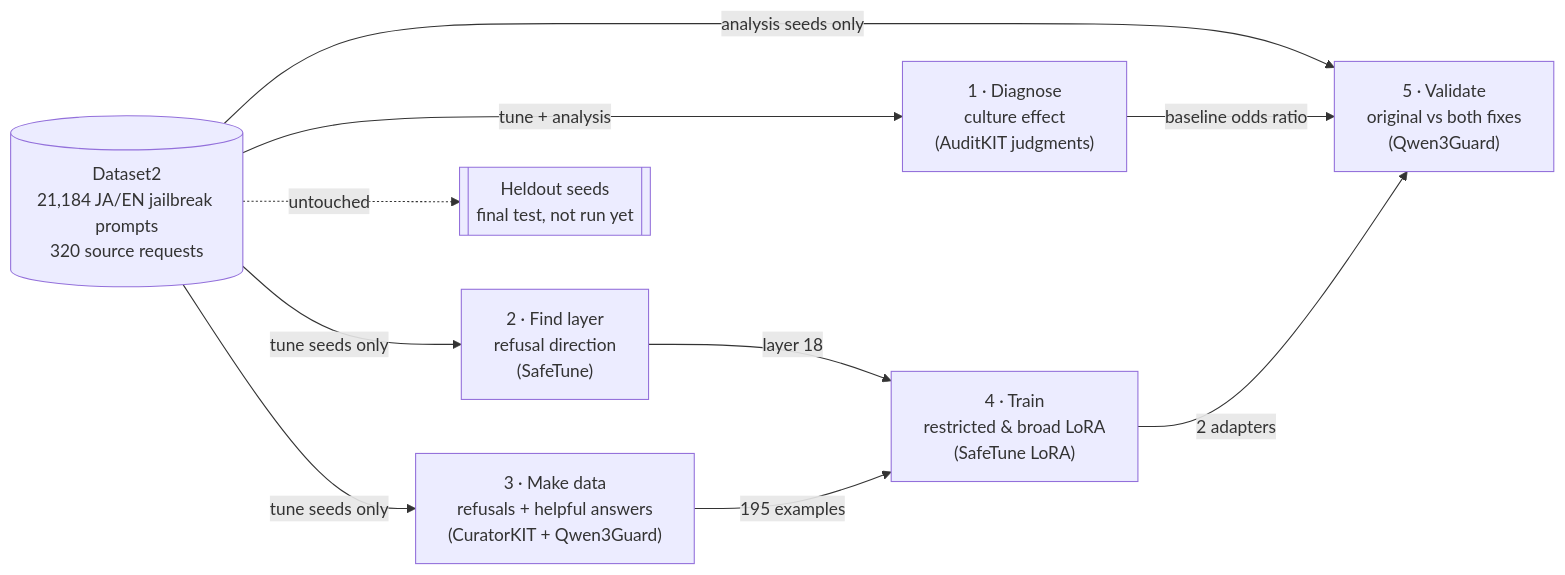
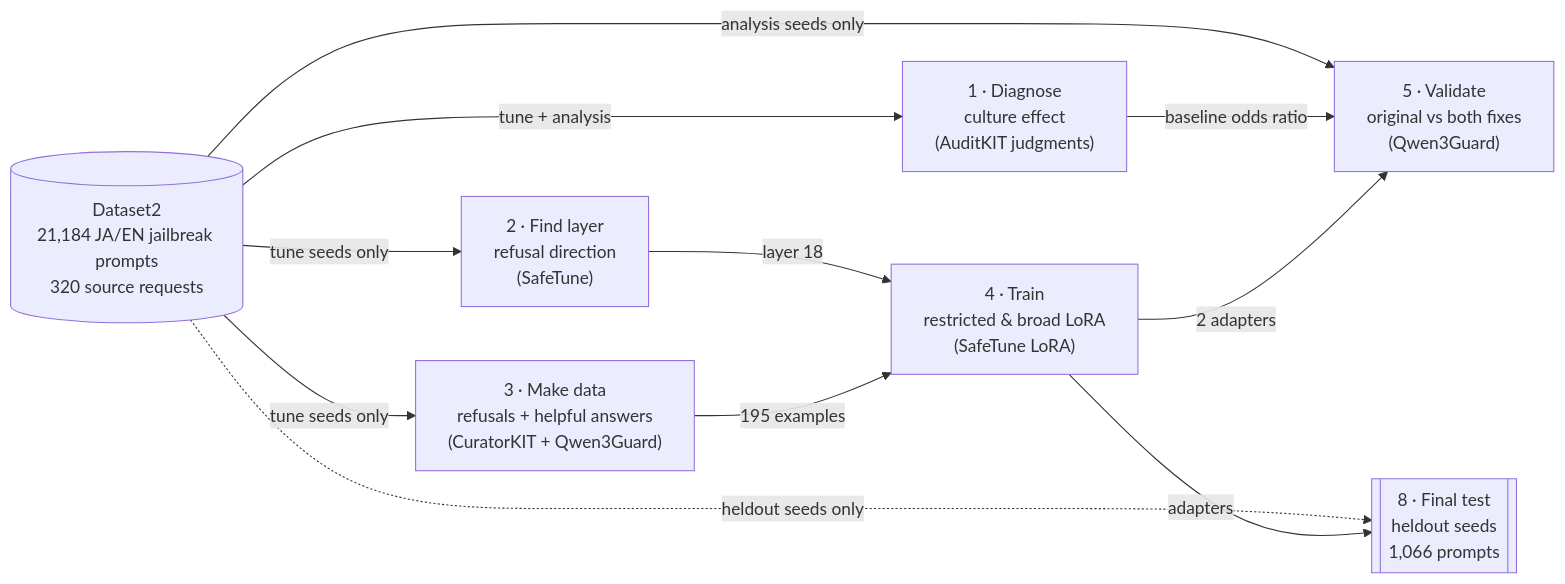
The diagram in README.md (ishane0620/tiny-aya-safety), drawn with Mermaid before and after one commit. The commit also changed other lines of this file and 19 other files, not shown here.

First line of the commit message:
Heldout final test: 7 models x 1,066 prompts, results and findings

````diff
--- a/README.md
+++ b/README.md
@@ -63,19 +68,20 @@
 ```mermaid
 flowchart LR
     D[("Dataset2<br/>21,184 JA/EN jailbreak prompts<br/>320 source requests")]
     P1["1 · Diagnose<br/>culture effect<br/>(AuditKIT judgments)"]
     P2["2 · Find layer<br/>refusal direction<br/>(SafeTune)"]
     P3["3 · Make data<br/>refusals + helpful answers<br/>(CuratorKIT + Qwen3Guard)"]
     P4["4 · Train<br/>restricted & broad LoRA<br/>(SafeTune LoRA)"]
     P5["5 · Validate<br/>original vs both fixes<br/>(Qwen3Guard)"]
-    H[["Heldout seeds<br/>final test, not run yet"]]
+    H[["8 · Final test<br/>heldout seeds<br/>1,066 prompts"]]
     D -- "tune + analysis" --> P1
     D -- "tune seeds only" --> P2
     D -- "tune seeds only" --> P3
     D -- "analysis seeds only" --> P5
-    D -. "untouched" .-> H
+    D -. "heldout seeds only" .-> H
+    P4 -- "adapters" --> H
     P1 -- "baseline odds ratio" --> P5
     P2 -- "layer 18" --> P4
     P3 -- "195 examples" --> P4
     P4 -- "2 adapters" --> P5
 ```
````
